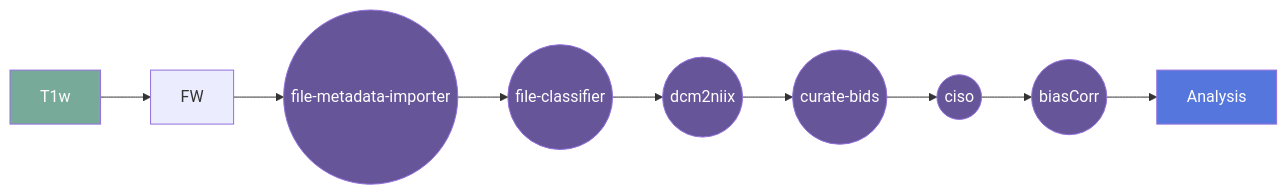
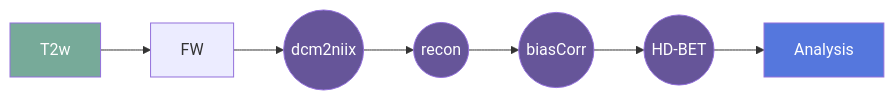
The diagram in README.md (Nialljb/fw-ants-vbm), drawn with Mermaid before and after one commit. The commit also changed other lines of this file, not shown here.

````diff
--- a/README.md
+++ b/README.md
@@ -111,16 +111,14 @@
 ```mermaid
   graph LR;
-    A[T1w]:::input --> FW;
-    FW[FW] --> FMI;
-    FMI((file-metadata-importer)):::gear --> FC;
-    FC((file-classifier)):::gear --> D2N;
-    D2N((dcm2niix)):::gear --> CB;
-    CB((curate-bids)):::gear --> CISO;
-    CISO((ciso)):::gear --> N4;
-    N4((biasCorr)):::gear --> VBM;
+    A[T2w]:::input --> FW;
+    FW[FW] --> D2N;
+    D2N((dcm2niix)):::gear --> CISO;
+    CISO((recon)):::gear --> N4;
+    N4((biasCorr)):::gear --> BET;
+    BET((HD-BET)):::gear --> VBM;
     VBM[Analysis]:::container;
     
     classDef container fill:#57d,color:#fff
     classDef input fill:#7a9,color:#fff
     classDef gear fill:#659,color:#fff
 ```
````
